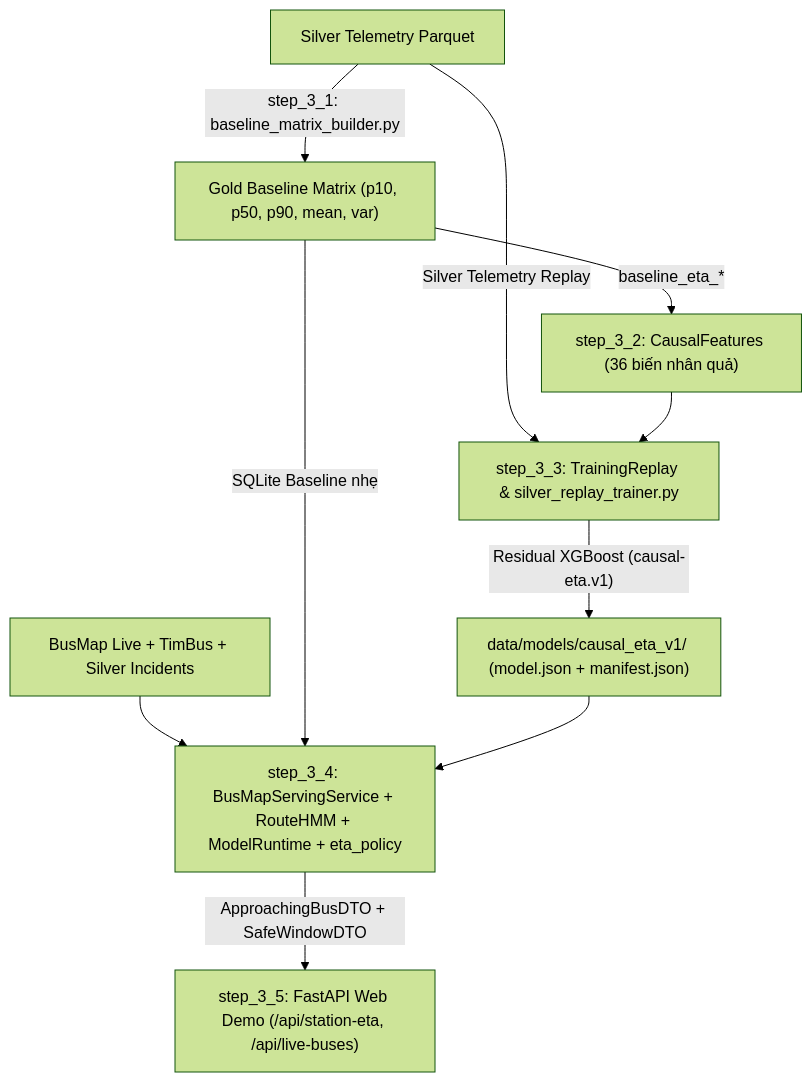
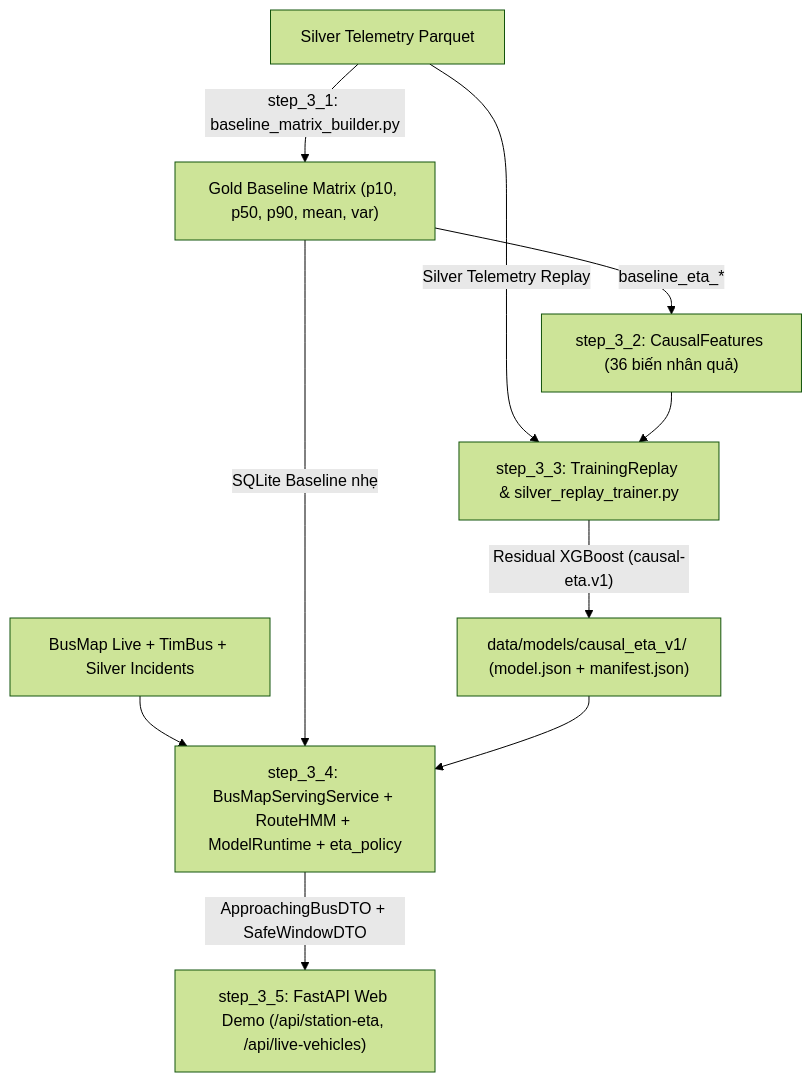
Before and after one commit to toibinguz/Bus_tracking: the diagram in module_3_bus_eta_prediction/README.md, drawn with Mermaid (forest theme). The commit also changed other lines of this file and 16 other files, not shown here.

Commit message:
docs: standardize Batch/Speed/Serving layer pipelines with separated data and logic flows

````diff
--- a/module_3_bus_eta_prediction/README.md
+++ b/module_3_bus_eta_prediction/README.md
@@ -9,12 +9,12 @@
 ```mermaid
 flowchart TD
     SIL["Silver Telemetry Parquet"] -->|"step_3_1: baseline_matrix_builder.py"| S31["Gold Baseline Matrix (p10, p50, p90, mean, var)"]
     S31 -->|"baseline_eta_*"| S32["step_3_2: CausalFeatures (36 biến nhân quả)"]
     SIL -->|"Silver Telemetry Replay"| S33["step_3_3: TrainingReplay & silver_replay_trainer.py"]
     S32 --> S33
     S33 -->|"Residual XGBoost (causal-eta.v1)"| ART["data/models/causal_eta_v1/ (model.json + manifest.json)"]
     LIVE["BusMap Live + TimBus + Silver Incidents"] --> S34["step_3_4: BusMapServingService + RouteHMM + ModelRuntime + eta_policy"]
     S31 -->|"SQLite Baseline nhẹ"| S34
     ART --> S34
-    S34 -->|"ApproachingBusDTO + SafeWindowDTO"| S35["step_3_5: FastAPI Web Demo (/api/station-eta, /api/live-buses)"]
+    S34 -->|"ApproachingBusDTO + SafeWindowDTO"| S35["step_3_5: FastAPI Web Demo (/api/station-eta, /api/live-vehicles)"]
 ```
````
